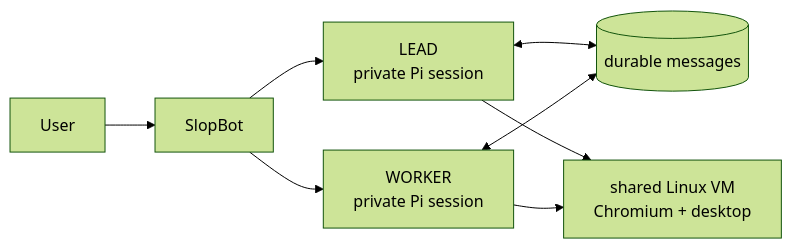
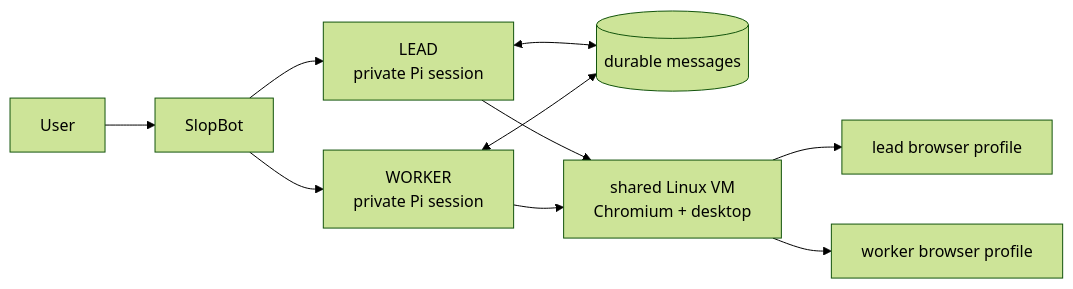
One commit to simonbalfe/slopbot changed the diagram in README.md. Above: the diagram before and after it, drawn with Mermaid (forest theme). The commit also changed other lines of this file and 17 other files, not shown here.

````diff
--- a/README.md
+++ b/README.md
@@ -7,10 +7,12 @@
 ```mermaid
 flowchart LR
   User --> SlopBot
   SlopBot --> Lead["LEAD<br/>private Pi session"]
   SlopBot --> Worker["WORKER<br/>private Pi session"]
   Lead <--> Mailroom[(durable messages)]
   Worker <--> Mailroom
   Lead --> Computer["shared Linux VM<br/>Chromium + desktop"]
   Worker --> Computer
+  Computer --> LeadProfile["lead browser profile"]
+  Computer --> WorkerProfile["worker browser profile"]
 ```
````
